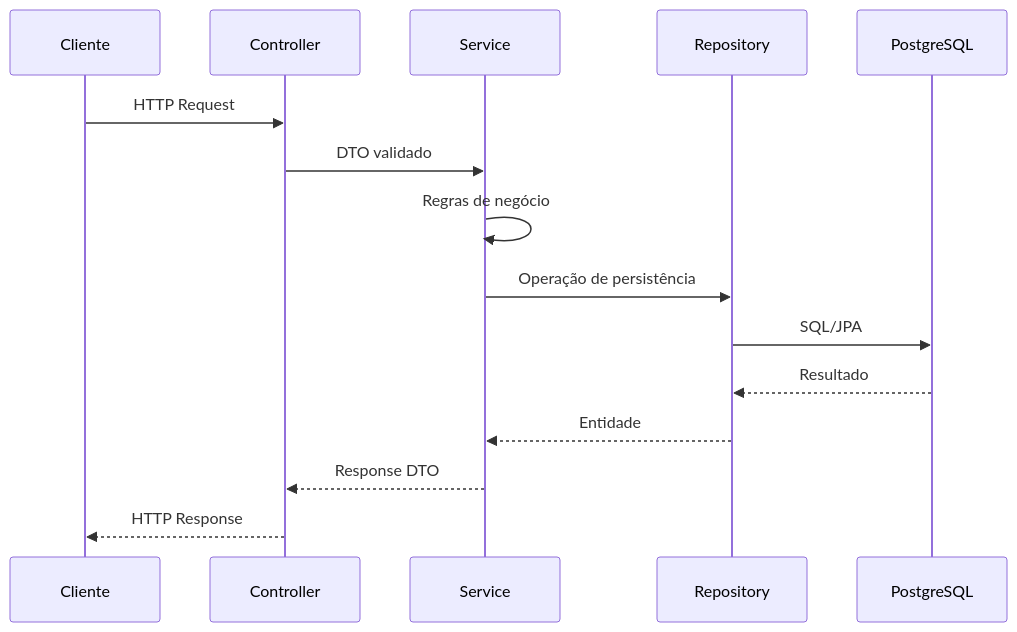
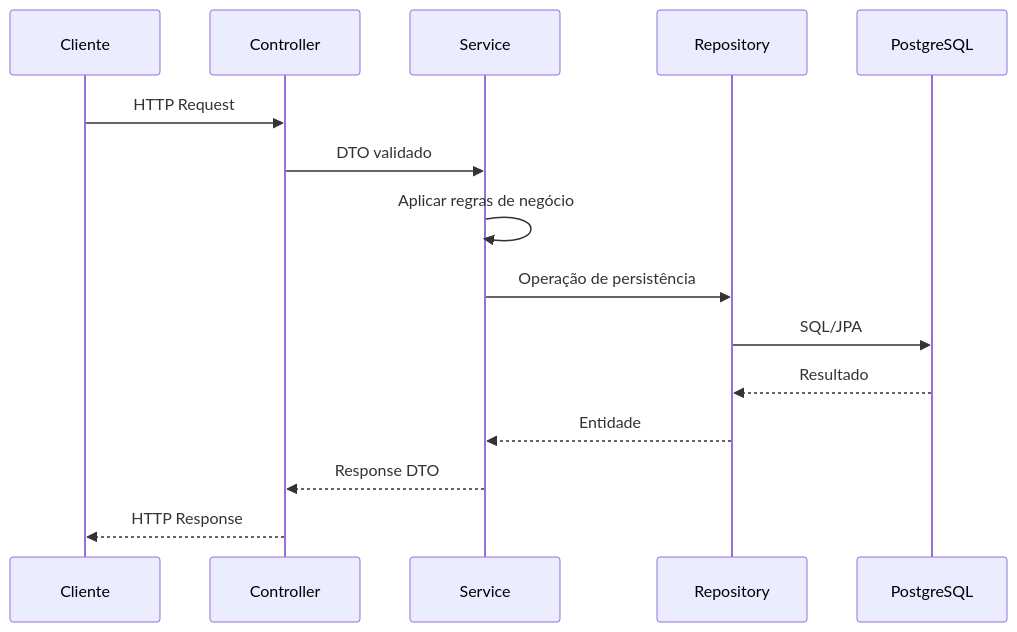
The second of 3 diagrams in backend/README.md (J040Pablo/enterprise-ecommerce), drawn with Mermaid before and after one commit. The commit also changed other lines of this file and 3 other files, not shown here.

````diff
--- a/backend/README.md
+++ b/backend/README.md
@@ -193,18 +227,18 @@
 ```mermaid
 sequenceDiagram
     participant Client as Cliente
     participant Controller as Controller
     participant Service as Service
     participant Repository as Repository
     participant DB as PostgreSQL
 
     Client->>Controller: HTTP Request
     Controller->>Service: DTO validado
-    Service->>Service: Regras de negócio
+    Service->>Service: Aplicar regras de negócio
     Service->>Repository: Operação de persistência
     Repository->>DB: SQL/JPA
     DB-->>Repository: Resultado
     Repository-->>Service: Entidade
     Service-->>Controller: Response DTO
     Controller-->>Client: HTTP Response
 ```
````
